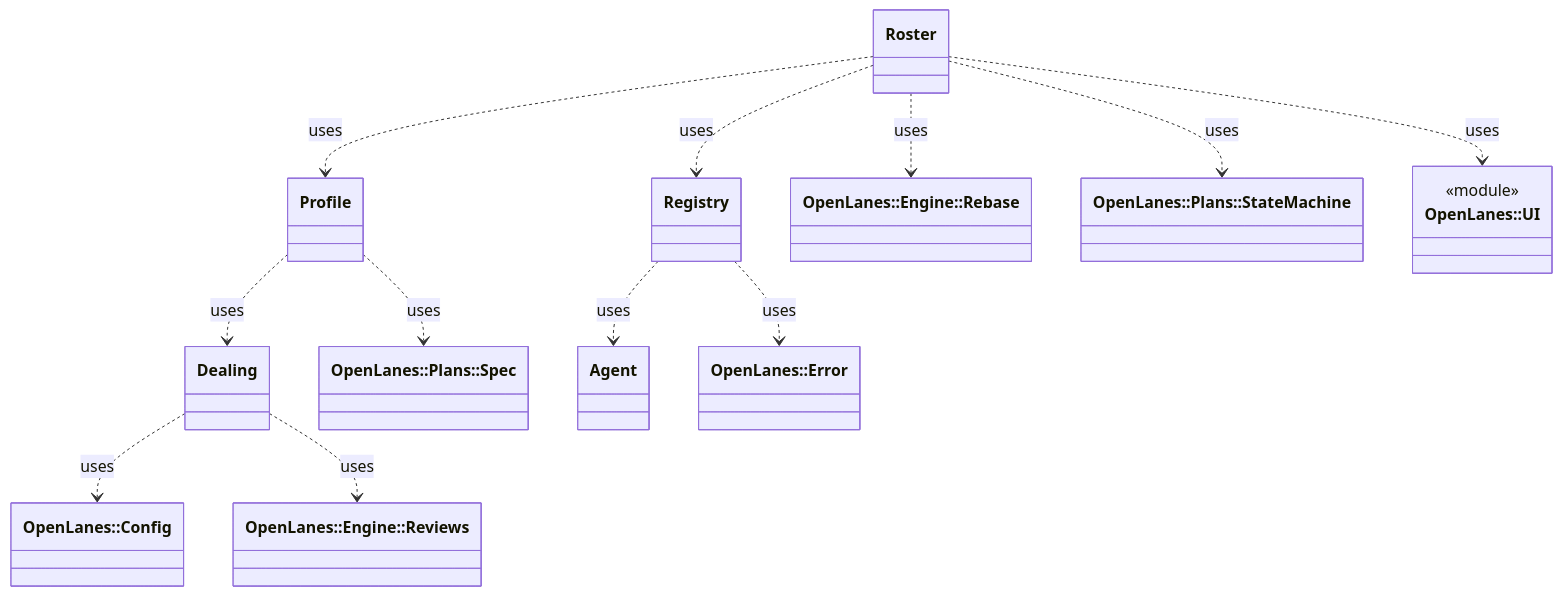
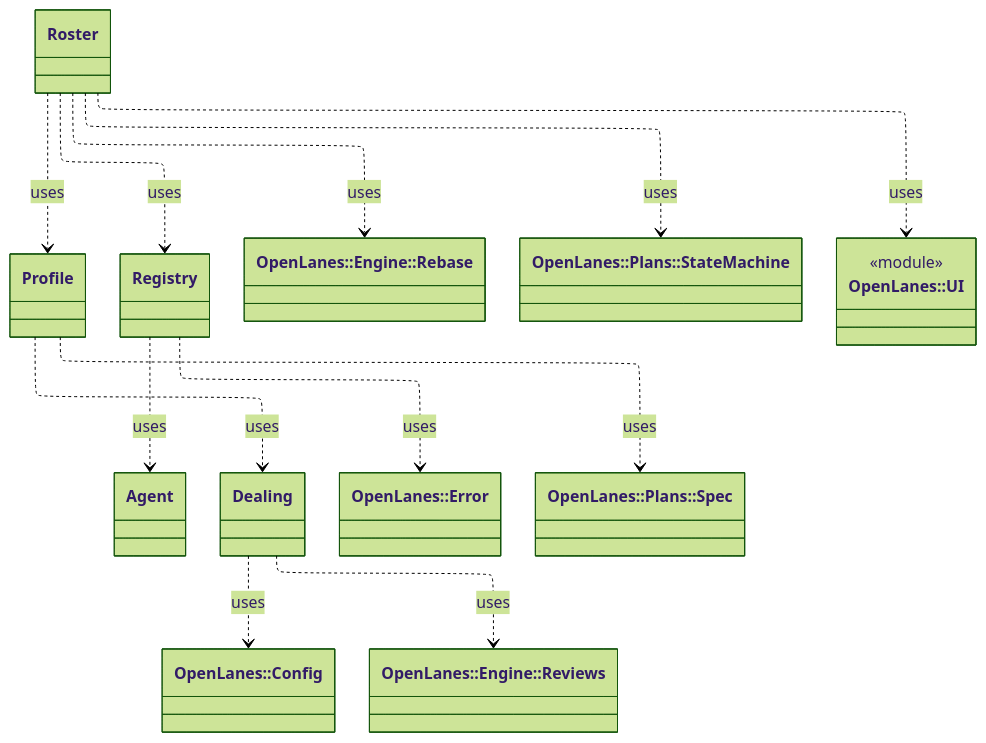
Before and after one commit to kigster/openlanes: the diagram in docs/architecture/openlanes-agents.md, drawn with Mermaid. The commit also changed 1 other file, not shown here.

Commit message:
Updated architecture diagrams

````diff
--- a/docs/architecture/openlanes-agents.md
+++ b/docs/architecture/openlanes-agents.md
@@ -5,27 +5,33 @@
 ```mermaid
+---
+config:
+  layout: elk
+  theme: forest
+---
+
 classDiagram
   class OpenLanes__Agents__Agent["Agent"]
   class OpenLanes__Agents__Dealing["Dealing"]
   class OpenLanes__Agents__Profile["Profile"]
   class OpenLanes__Agents__Registry["Registry"]
   class OpenLanes__Agents__Roster["Roster"]
   class OpenLanes__Config["OpenLanes::Config"]
   class OpenLanes__Engine__Rebase["OpenLanes::Engine::Rebase"]
   class OpenLanes__Engine__Reviews["OpenLanes::Engine::Reviews"]
   class OpenLanes__Error["OpenLanes::Error"]
   class OpenLanes__Plans__Spec["OpenLanes::Plans::Spec"]
   class OpenLanes__Plans__StateMachine["OpenLanes::Plans::StateMachine"]
   class OpenLanes__UI["OpenLanes::UI"]
   <<module>> OpenLanes__UI
   OpenLanes__Agents__Dealing ..> OpenLanes__Config : uses
   OpenLanes__Agents__Dealing ..> OpenLanes__Engine__Reviews : uses
   OpenLanes__Agents__Profile ..> OpenLanes__Agents__Dealing : uses
   OpenLanes__Agents__Profile ..> OpenLanes__Plans__Spec : uses
   OpenLanes__Agents__Registry ..> OpenLanes__Agents__Agent : uses
   OpenLanes__Agents__Registry ..> OpenLanes__Error : uses
   OpenLanes__Agents__Roster ..> OpenLanes__Agents__Profile : uses
   OpenLanes__Agents__Roster ..> OpenLanes__Agents__Registry : uses
   OpenLanes__Agents__Roster ..> OpenLanes__Engine__Rebase : uses
   OpenLanes__Agents__Roster ..> OpenLanes__Plans__StateMachine : uses
   OpenLanes__Agents__Roster ..> OpenLanes__UI : uses
 ```
````
